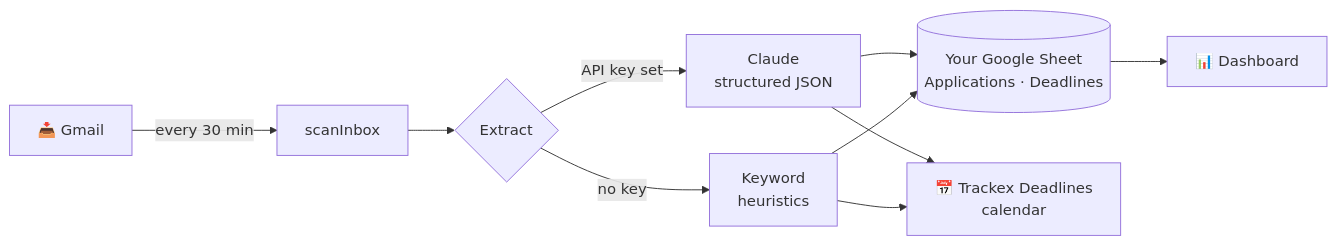
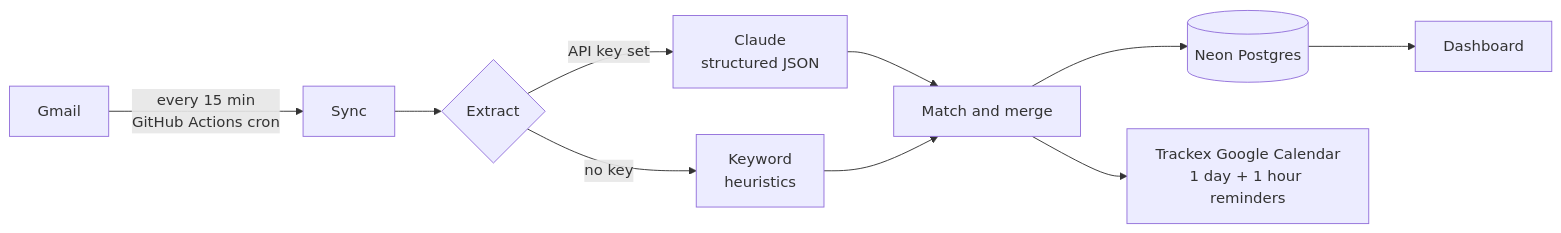
One commit to shloksrivastava2509/trackex changed the diagram in README.md. Above: the diagram before and after it, drawn with Mermaid. The commit also changed other lines of this file and 4 other files, not shown here.

````diff
--- a/README.md
+++ b/README.md
@@ -70,12 +55,12 @@
 ```mermaid
 flowchart LR
-    G[📥 Gmail] -->|every 30 min| S[scanInbox]
+    G[Gmail] -->|every 15 min<br/>GitHub Actions cron| S[Sync]
     S --> X{Extract}
     X -->|API key set| C[Claude<br/>structured JSON]
     X -->|no key| H[Keyword<br/>heuristics]
-    C --> D[(Your Google Sheet<br/>Applications · Deadlines)]
-    H --> D
-    C --> K[📅 Trackex Deadlines<br/>calendar]
-    H --> K
-    D --> B[📊 Dashboard]
+    C --> M[Match and merge]
+    H --> M
+    M --> D[(Neon Postgres)]
+    M --> K[Trackex Google Calendar<br/>1 day + 1 hour reminders]
+    D --> B[Dashboard]
 ```
````
